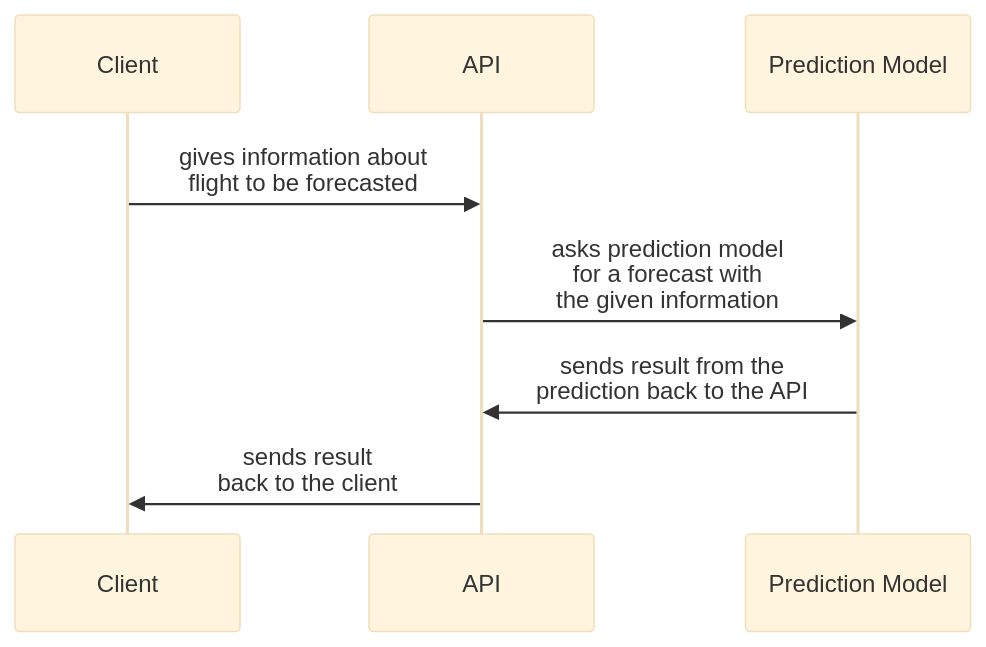
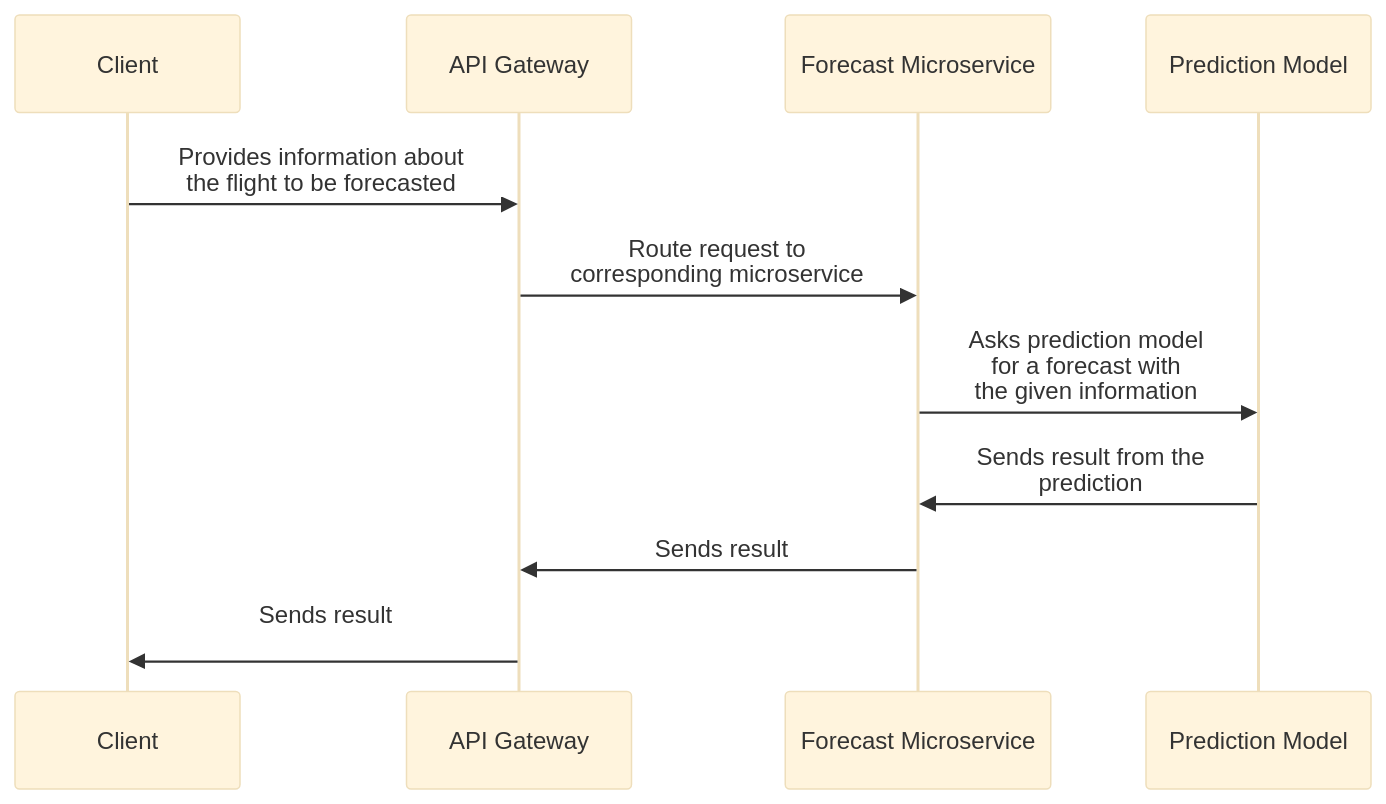
Before and after one commit to selous1/FlightsData: the third of 7 diagrams in proj-information.md, drawn with Mermaid (base theme). The commit also changed other lines of this file, not shown here.

Commit message:
Update use cases - Add microservices to use case diagrams - Update certain endpoints - Remove redundancy

````diff
--- a/proj-information.md
+++ b/proj-information.md
@@ -200,10 +66,12 @@
 ```mermaid
 
 sequenceDiagram
 
-  Client->>API: gives information about <br> flight to be forecasted
-	API->>Prediction Model: asks prediction model <br> for a forecast with <br> the given information
-	Prediction Model->>API: sends result from the <br> prediction back to the API
-  API->>Client: sends result <br> back to the client
+  Client->>API Gateway: Provides information about <br> the flight to be forecasted
+  API Gateway->>Forecast Microservice: Route request to <br> corresponding microservice
+	Forecast Microservice->>Prediction Model: Asks prediction model <br> for a forecast with <br> the given information
+	Prediction Model->>Forecast Microservice: Sends result from the <br> prediction
+  Forecast Microservice->>API Gateway: Sends result
+  API Gateway->>Client: Sends result <br>
 
 ```
````
